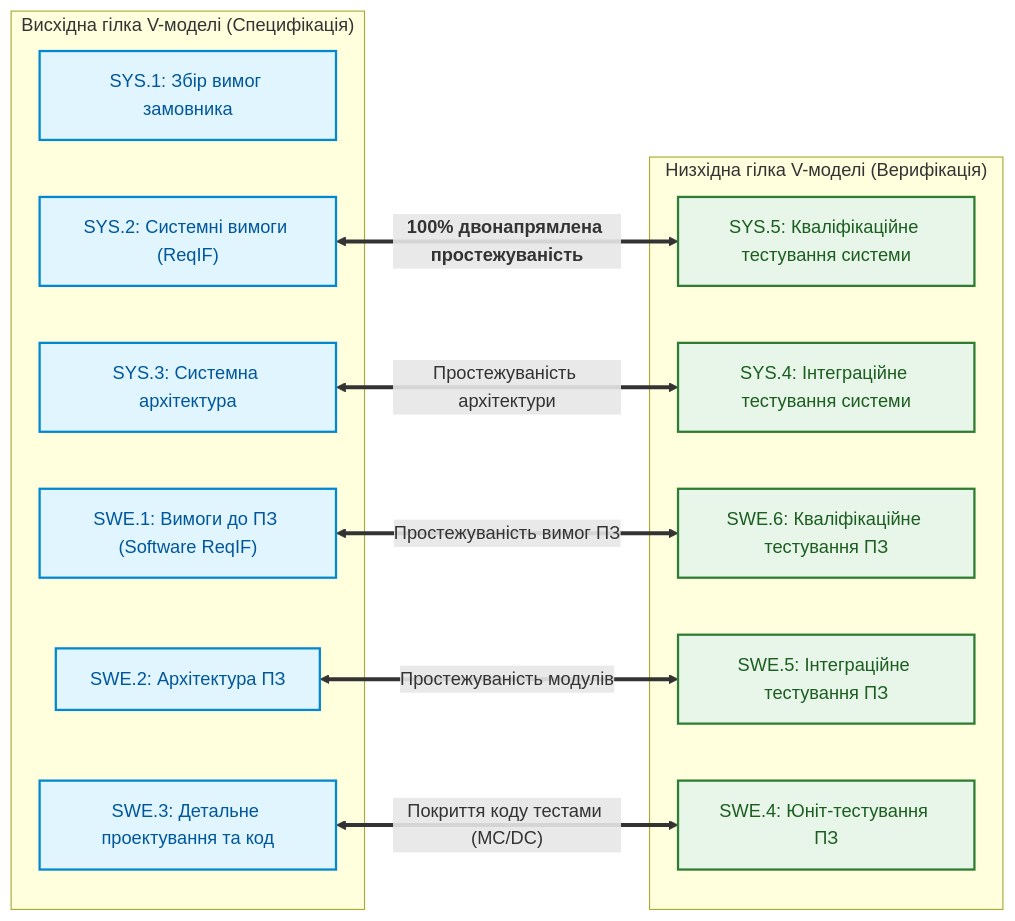
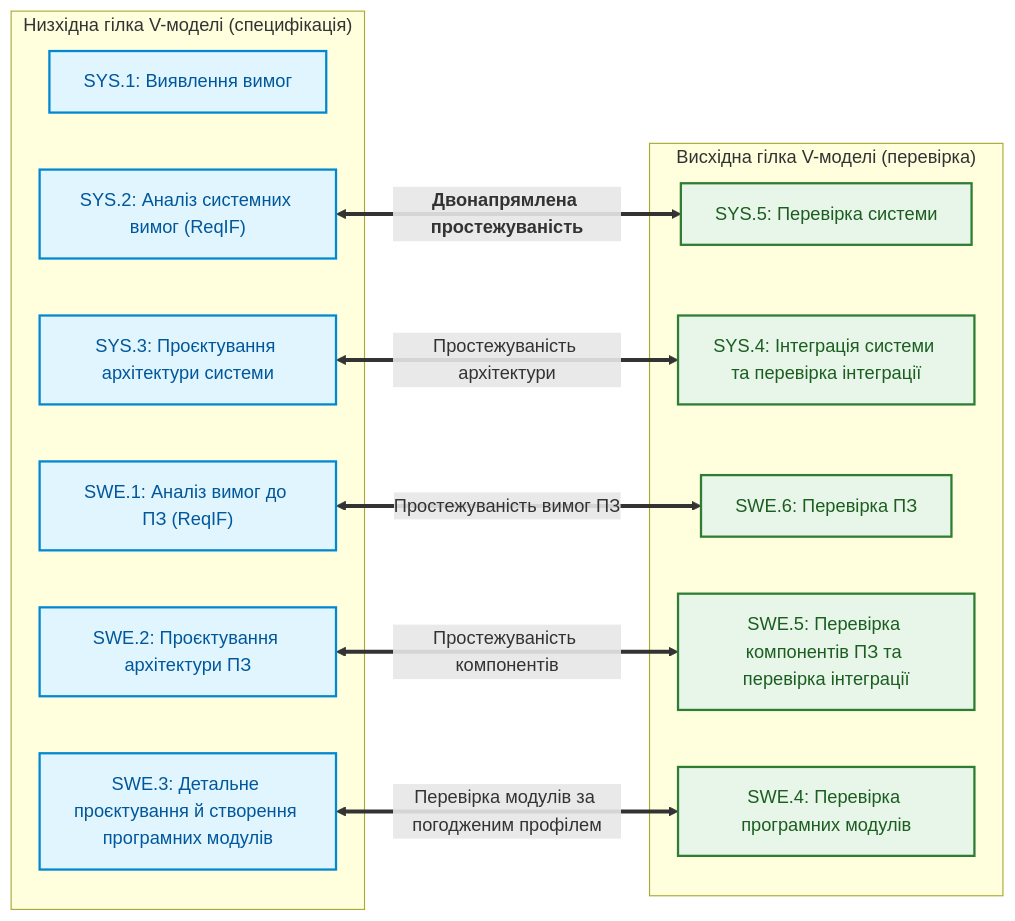
Before and after one commit to nick-fedchik/articles: the third of 4 diagrams in ExpertSystem/ch30-safety-cybersecurity-co-engineering.md, drawn with Mermaid. The commit also changed other lines of this file and 43 other files, not shown here.

````diff
--- a/ExpertSystem/ch30-safety-cybersecurity-co-engineering.md
+++ b/ExpertSystem/ch30-safety-cybersecurity-co-engineering.md
@@ -212,34 +213,34 @@
 ```mermaid
 flowchart LR
     accTitle: Простежуваність V-моделі ASPICE 4.0 в інженерному графі
     accDescr: Двонапрямлена відповідність системних та програмних процесів від вимог до тестування.
 
-    subgraph Design["Висхідна гілка V-моделі (Специфікація)"]
-        SYS1["SYS.1: Збір вимог замовника"]
-        SYS2["SYS.2: Системні вимоги (ReqIF)"]
-        SYS3["SYS.3: Системна архітектура"]
-        SWE1["SWE.1: Вимоги до ПЗ (Software ReqIF)"]
-        SWE2["SWE.2: Архітектура ПЗ"]
-        SWE3["SWE.3: Детальне проектування та код"]
+    subgraph Design["Низхідна гілка V-моделі (специфікація)"]
+        SYS1["SYS.1: Виявлення вимог"]
+        SYS2["SYS.2: Аналіз системних вимог (ReqIF)"]
+        SYS3["SYS.3: Проєктування архітектури системи"]
+        SWE1["SWE.1: Аналіз вимог до ПЗ (ReqIF)"]
+        SWE2["SWE.2: Проєктування архітектури ПЗ"]
+        SWE3["SWE.3: Детальне проєктування й створення програмних модулів"]
     end
 
-    subgraph Verification["Низхідна гілка V-моделі (Верифікація)"]
-        SYS5["SYS.5: Кваліфікаційне тестування системи"]
-        SYS4["SYS.4: Інтеграційне тестування системи"]
-        SWE6["SWE.6: Кваліфікаційне тестування ПЗ"]
-        SWE5["SWE.5: Інтеграційне тестування ПЗ"]
-        SWE4["SWE.4: Юніт-тестування ПЗ"]
+    subgraph Verification["Висхідна гілка V-моделі (перевірка)"]
+        SYS5["SYS.5: Перевірка системи"]
+        SYS4["SYS.4: Інтеграція системи та перевірка інтеграції"]
+        SWE6["SWE.6: Перевірка ПЗ"]
+        SWE5["SWE.5: Перевірка компонентів ПЗ та перевірка інтеграції"]
+        SWE4["SWE.4: Перевірка програмних модулів"]
     end
 
-    SYS2 <== "<b>100% двонапрямлена простежуваність</b>" ==> SYS5
+    SYS2 <== "<b>Двонапрямлена простежуваність</b>" ==> SYS5
     SYS3 <== "Простежуваність архітектури" ==> SYS4
     SWE1 <== "Простежуваність вимог ПЗ" ==> SWE6
-    SWE2 <== "Простежуваність модулів" ==> SWE5
-    SWE3 <== "Покриття коду тестами (MC/DC)" ==> SWE4
+    SWE2 <== "Простежуваність компонентів" ==> SWE5
+    SWE3 <== "Перевірка модулів за погодженим профілем" ==> SWE4
 
     classDef vdesign fill:#e1f5fe,stroke:#0288d1,stroke-width:2px,color:#01579b;
     classDef vtest fill:#e8f5e9,stroke:#2e7d32,stroke-width:2px,color:#1b5e20;
 
     class SYS1,SYS2,SYS3,SWE1,SWE2,SWE3 vdesign;
     class SYS5,SYS4,SWE6,SWE5,SWE4 vtest;
 ```
````
